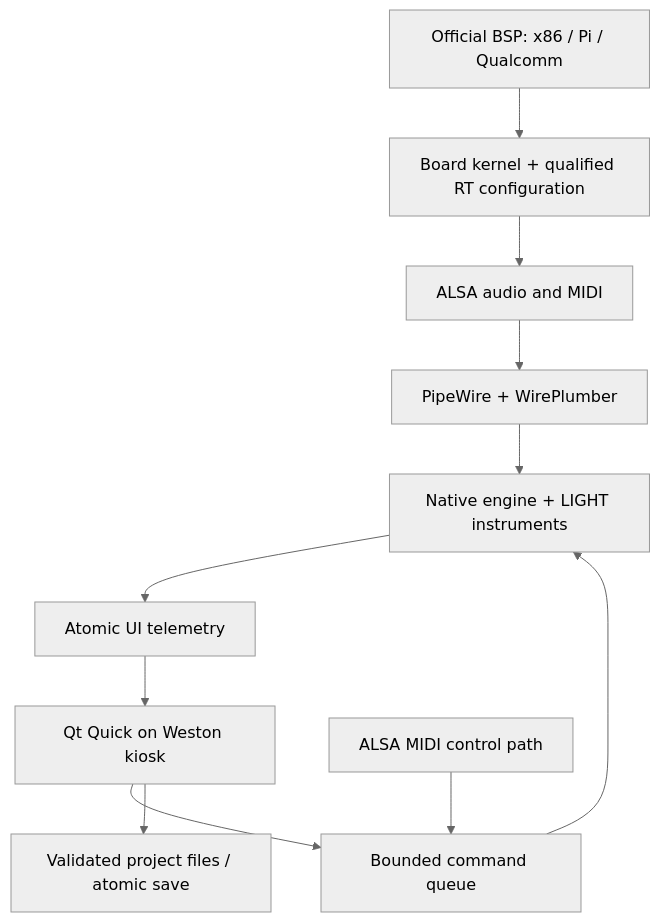
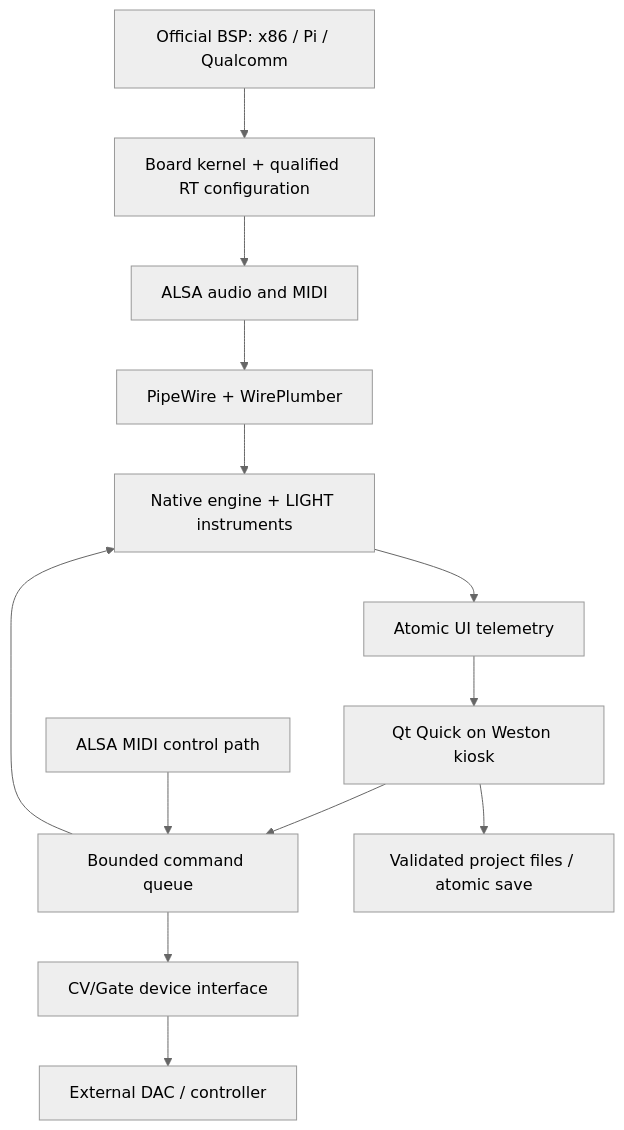
Before and after one commit to deastrobooking/ECO_OS: the diagram in docs/PLAN.md, drawn with Mermaid (neutral theme). The commit also changed other lines of this file and 9 other files, not shown here.

````diff
--- a/docs/PLAN.md
+++ b/docs/PLAN.md
@@ -29,13 +32,15 @@
 ```mermaid
 flowchart TB
   BSP[Official BSP: x86 / Pi / Qualcomm] --> Kernel[Board kernel + qualified RT configuration]
   Kernel --> ALSA[ALSA audio and MIDI]
   ALSA --> PW[PipeWire + WirePlumber]
   PW --> DSP[Native engine + LIGHT instruments]
   UI[Qt Quick on Weston kiosk] --> Commands[Bounded command queue]
   MIDI[ALSA MIDI control path] --> Commands
+  Commands --> CV[CV/Gate device interface]
   Commands --> DSP
+  CV --> Hardware[External DAC / controller]
   DSP --> Telemetry[Atomic UI telemetry]
   Telemetry --> UI
   UI --> Projects[Validated project files / atomic save]
 ```
````
